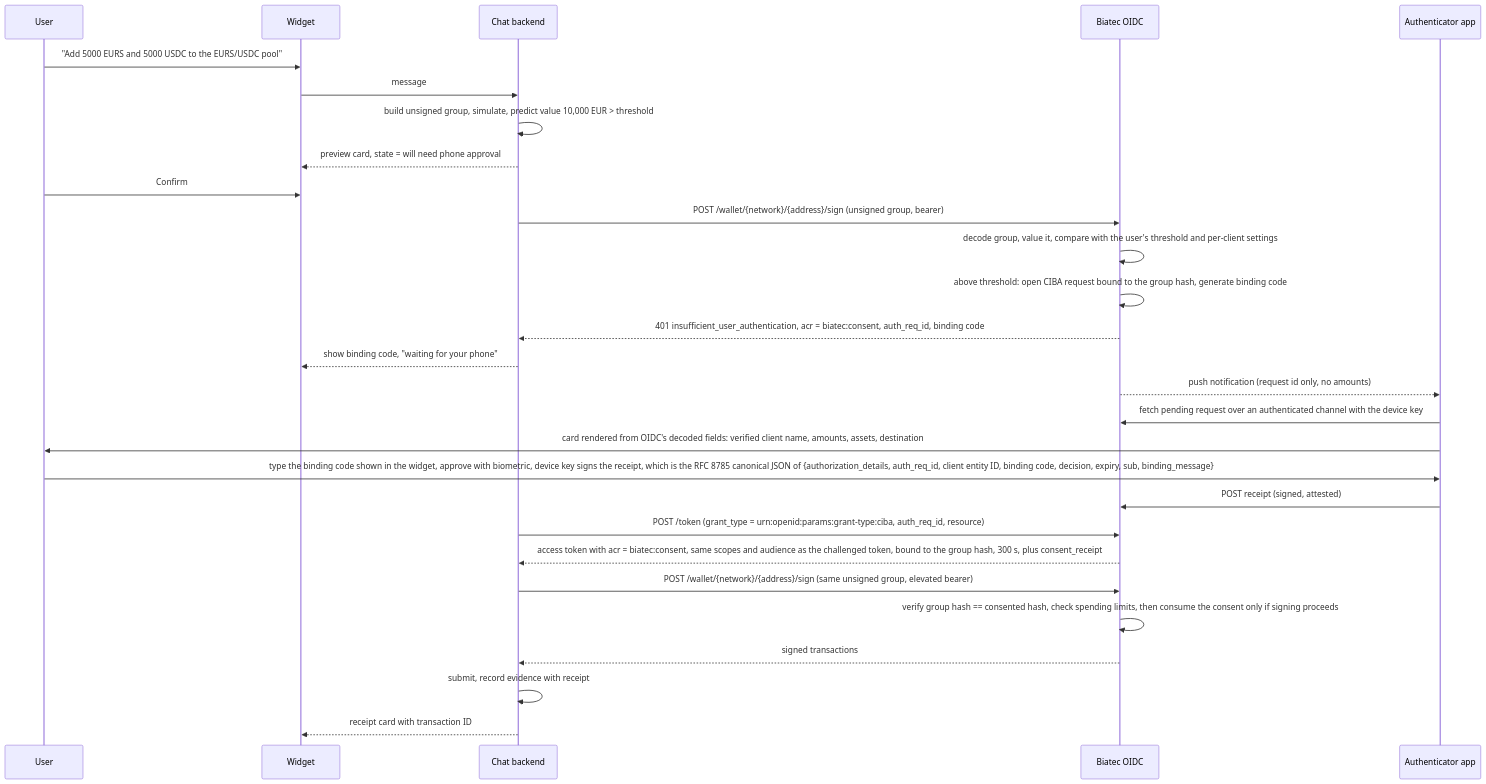
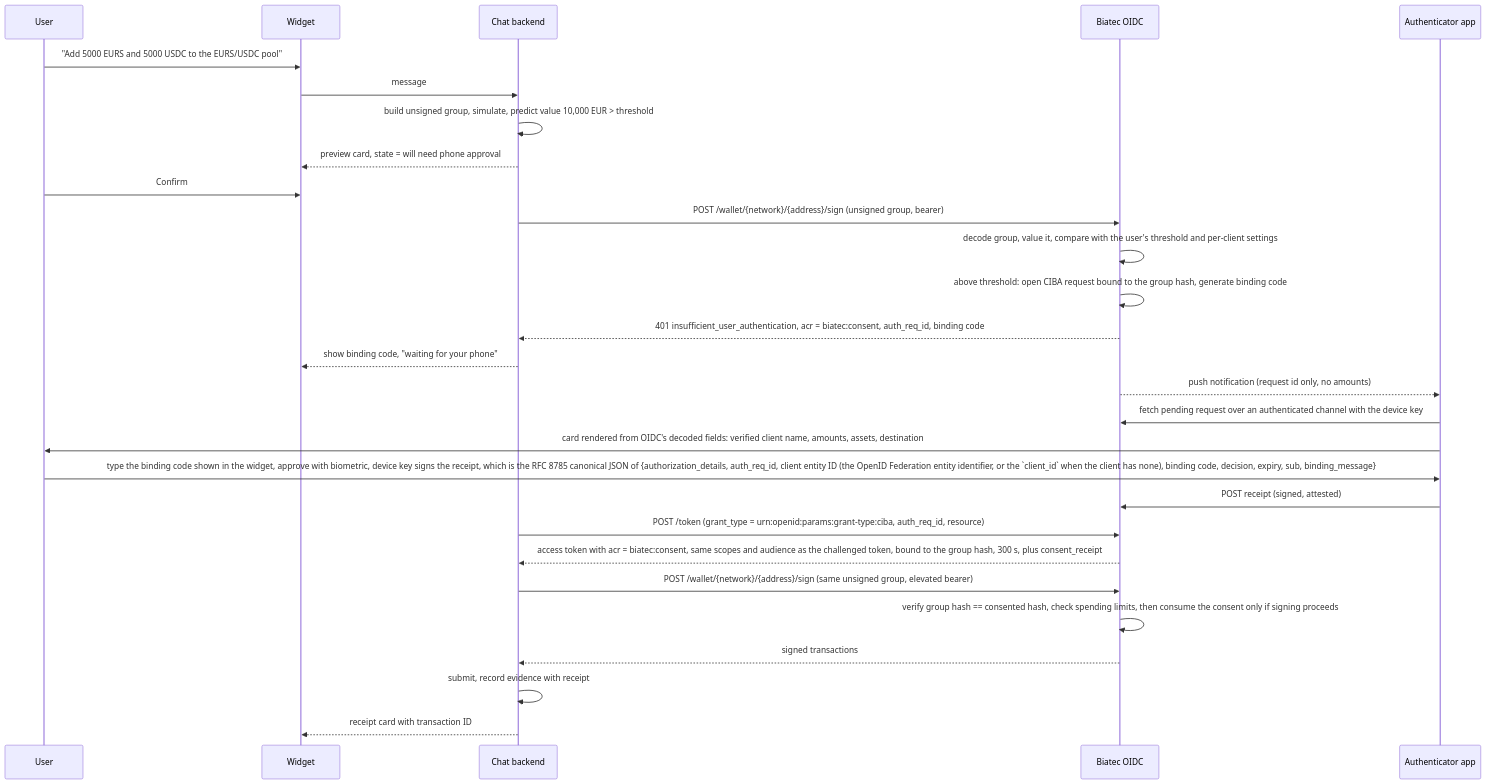
The third of 3 diagrams in PRODUCT-DESCRIPTION.md (scholtz/biatec-chat), drawn with Mermaid before and after one commit. The commit also changed other lines of this file, not shown here.

````diff
--- a/PRODUCT-DESCRIPTION.md
+++ b/PRODUCT-DESCRIPTION.md
@@ -411,31 +411,31 @@
 ```mermaid
 sequenceDiagram
     participant U as User
     participant W as Widget
     participant API as Chat backend
     participant O as Biatec OIDC
     participant A as Authenticator app
 
     U->>W: "Add 5000 EURS and 5000 USDC to the EURS/USDC pool"
     W->>API: message
     API->>API: build unsigned group, simulate, predict value 10,000 EUR > threshold
     API-->>W: preview card, state = will need phone approval
     U->>W: Confirm
     API->>O: POST /wallet/{network}/{address}/sign (unsigned group, bearer)
     O->>O: decode group, value it, compare with the user's threshold and per-client settings
     O->>O: above threshold: open CIBA request bound to the group hash, generate binding code
     O-->>API: 401 insufficient_user_authentication, acr = biatec:consent, auth_req_id, binding code
     API-->>W: show binding code, "waiting for your phone"
     O-->>A: push notification (request id only, no amounts)
     A->>O: fetch pending request over an authenticated channel with the device key
     A->>U: card rendered from OIDC's decoded fields: verified client name, amounts, assets, destination
-    U->>A: type the binding code shown in the widget, approve with biometric, device key signs the receipt, which is the RFC 8785 canonical JSON of {authorization_details, auth_req_id, client entity ID, binding code, decision, expiry, sub, binding_message}
+    U->>A: type the binding code shown in the widget, approve with biometric, device key signs the receipt, which is the RFC 8785 canonical JSON of {authorization_details, auth_req_id, client entity ID (the OpenID Federation entity identifier, or the `client_id` when the client has none), binding code, decision, expiry, sub, binding_message}
     A->>O: POST receipt (signed, attested)
     API->>O: POST /token (grant_type = urn:openid:params:grant-type:ciba, auth_req_id, resource)
     O-->>API: access token with acr = biatec:consent, same scopes and audience as the challenged token, bound to the group hash, 300 s, plus consent_receipt
     API->>O: POST /wallet/{network}/{address}/sign (same unsigned group, elevated bearer)
     O->>O: verify group hash == consented hash, check spending limits, then consume the consent only if signing proceeds
     O-->>API: signed transactions
     API->>API: submit, record evidence with receipt
     API-->>W: receipt card with transaction ID
 ```
````
